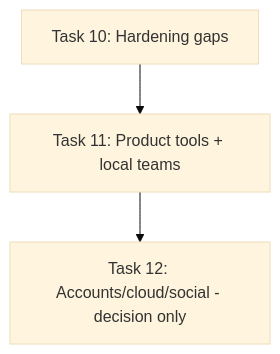
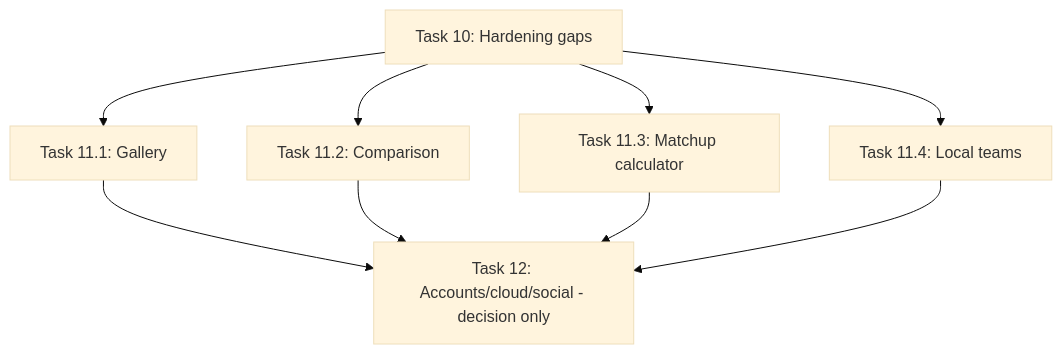
Before and after one commit to gabriarceus/pokefinder: the diagram in tasks/README.md, drawn with Mermaid (base theme). The commit also changed other lines of this file and 27 other files, not shown here.

````diff
--- a/tasks/README.md
+++ b/tasks/README.md
@@ -26,5 +29,11 @@
 ```mermaid
 graph TD
-    T10[Task 10: Hardening gaps] --> T11[Task 11: Product tools + local teams]
-    T11 --> T12[Task 12: Accounts/cloud/social - decision only]
+    T10[Task 10: Hardening gaps] --> T111[Task 11.1: Gallery]
+    T10 --> T112[Task 11.2: Comparison]
+    T10 --> T113[Task 11.3: Matchup calculator]
+    T10 --> T114[Task 11.4: Local teams]
+    T111 --> T12[Task 12: Accounts/cloud/social - decision only]
+    T112 --> T12
+    T113 --> T12
+    T114 --> T12
 ```
````
